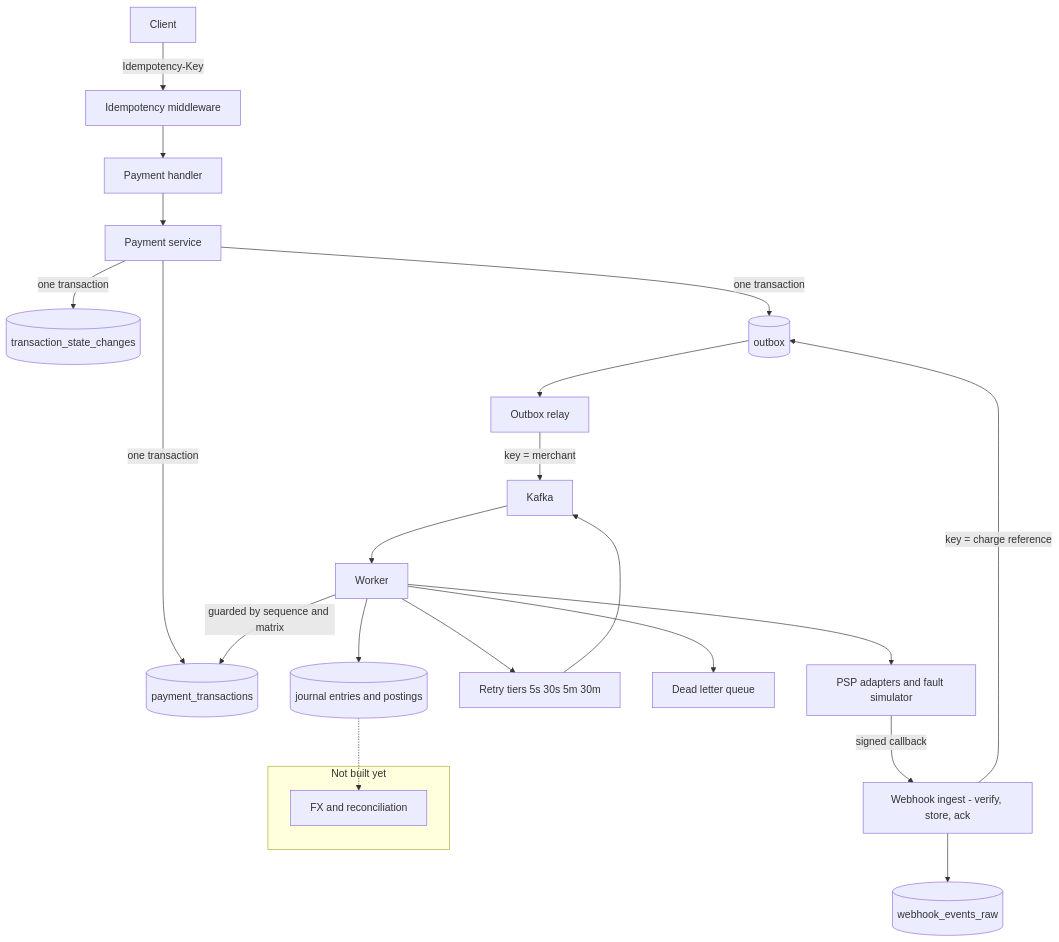
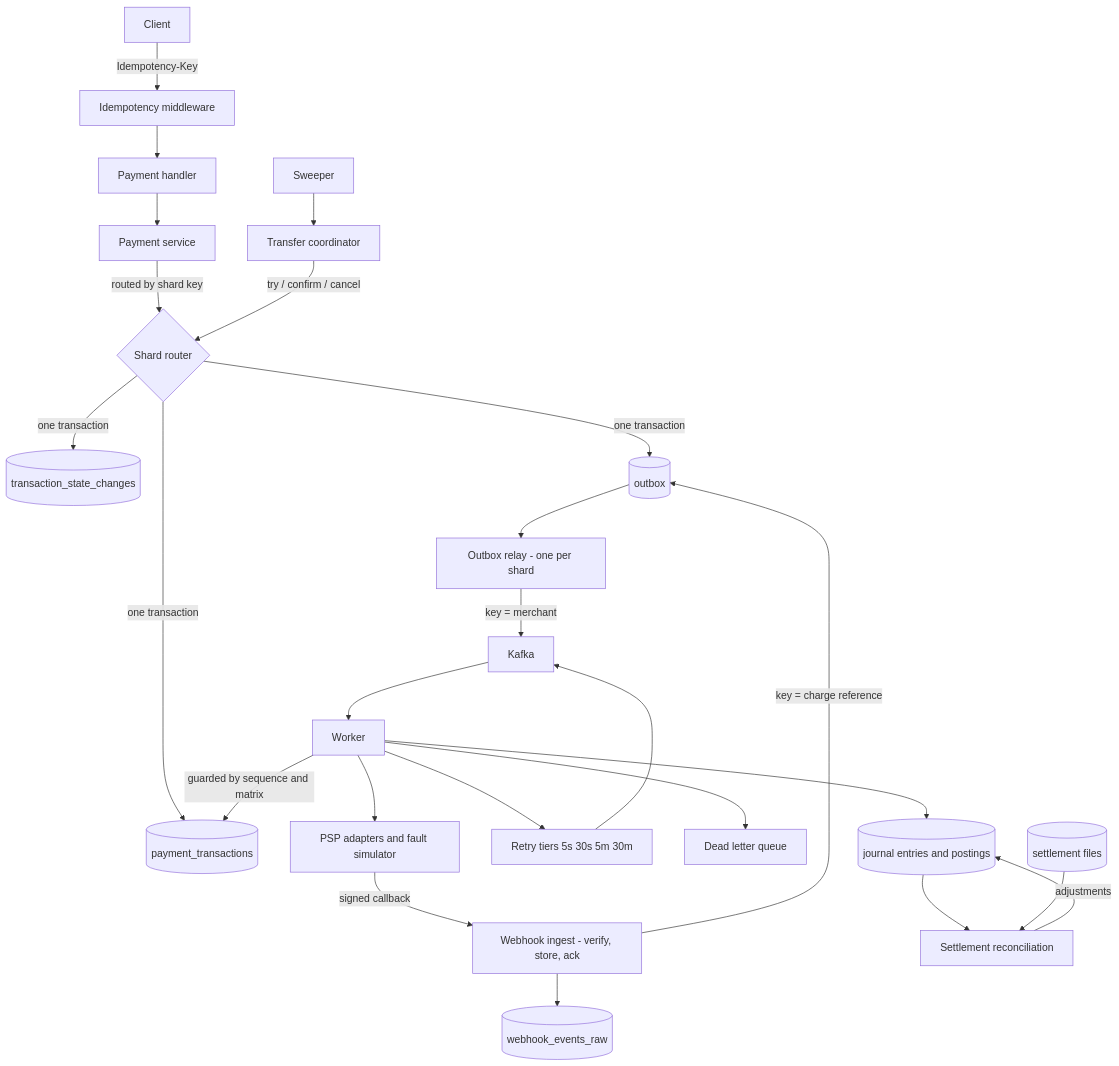
One commit to lqtrung-95/payment-orchestration changed the diagram in README.md. Above: the diagram before and after it, drawn with Mermaid. The commit also changed other lines of this file, not shown here.

First line of the commit message:
docs: describe sharding and cross-shard transfers, correct stale claims

````diff
--- a/README.md
+++ b/README.md
@@ -513,29 +634,31 @@
 ```mermaid
 flowchart TB
     Client -->|Idempotency-Key| MW[Idempotency middleware]
     MW --> H[Payment handler]
     H --> S[Payment service]
-    S -->|one transaction| TX[(payment_transactions)]
-    S -->|one transaction| AUD[(transaction_state_changes)]
-    S -->|one transaction| OB[(outbox)]
+    S -->|routed by shard key| SH{Shard router}
+    SH -->|one transaction| TX[(payment_transactions)]
+    SH -->|one transaction| AUD[(transaction_state_changes)]
+    SH -->|one transaction| OB[(outbox)]
 
-    OB --> REL[Outbox relay]
+    OB --> REL[Outbox relay - one per shard]
     REL -->|key = merchant| K[Kafka]
     K --> W[Worker]
     W --> PSP[PSP adapters and fault simulator]
     W --> RT[Retry tiers 5s 30s 5m 30m]
     RT --> K
     W --> DLQ[Dead letter queue]
     W --> LG[(journal entries and postings)]
 
     PSP -->|signed callback| WH[Webhook ingest - verify, store, ack]
     WH --> RAW[(webhook_events_raw)]
     WH -->|key = charge reference| OB
     W -->|guarded by sequence and matrix| TX
 
-    subgraph planned [Not built yet]
-        REC[FX and reconciliation]
-    end
+    LG --> REC[Settlement reconciliation]
+    SF[(settlement files)] --> REC
+    REC -->|adjustments| LG
 
-    LG -.-> REC
+    TCC[Transfer coordinator] -->|try / confirm / cancel| SH
+    SW[Sweeper] --> TCC
 ```
````
